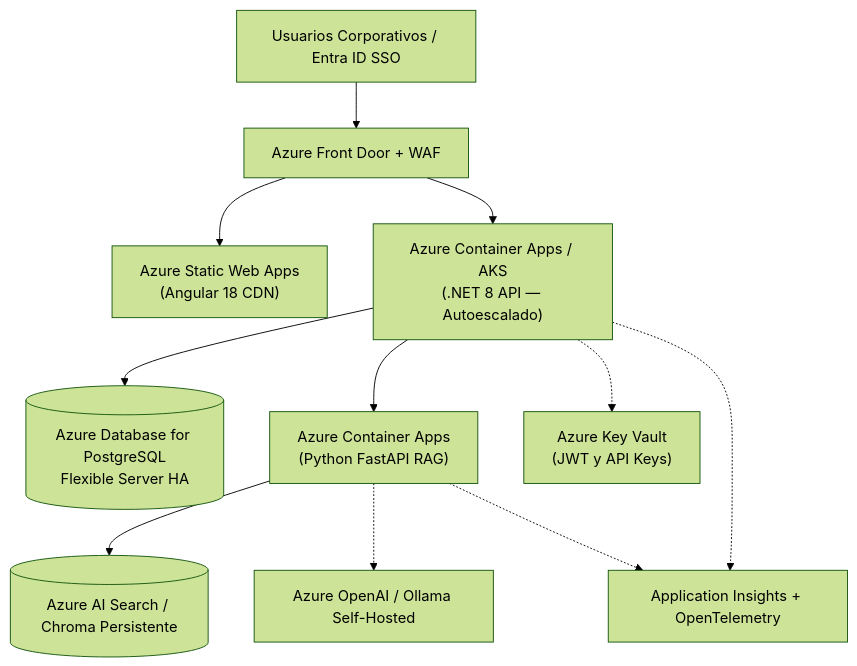
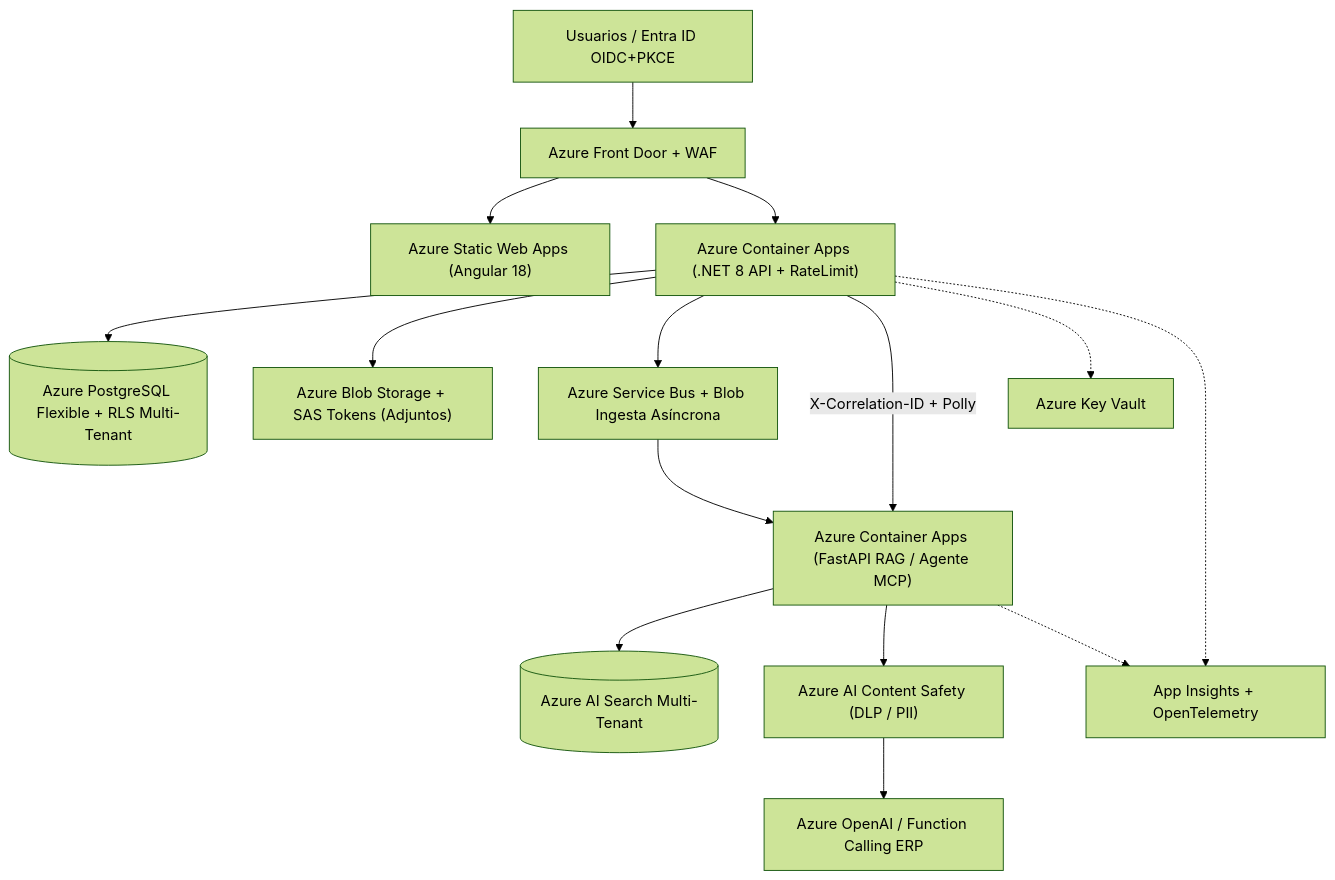
Before and after one commit to santiagograci/MesaAyuda-IA: the third of 3 diagrams in docs/01-arquitectura-y-adrs.md, drawn with Mermaid (forest theme). The commit also changed other lines of this file and 13 other files, not shown here.

Commit message:
feat(observability): add distributed X-Correlation-ID, AI rate limiting and Azure target architecture docs

````diff
--- a/docs/01-arquitectura-y-adrs.md
+++ b/docs/01-arquitectura-y-adrs.md
@@ -36,13 +36,17 @@
 ```mermaid
 flowchart TB
-    Users["Usuarios Corporativos / Entra ID SSO"] --> AFD["Azure Front Door + WAF"]
-    AFD --> SWA["Azure Static Web Apps\n(Angular 18 CDN)"]
-    AFD --> ACA_API["Azure Container Apps / AKS\n(.NET 8 API — Autoescalado)"]
-    ACA_API --> AZ_PG[("Azure Database for PostgreSQL\nFlexible Server HA")]
-    ACA_API --> ACA_RAG["Azure Container Apps\n(Python FastAPI RAG)"]
-    ACA_RAG --> AZ_VEC[("Azure AI Search / Chroma Persistente")]
-    ACA_RAG -.-> AZ_LLM["Azure OpenAI / Ollama Self-Hosted"]
-    ACA_API -.-> KV["Azure Key Vault\n(JWT y API Keys)"]
-    ACA_API -.-> AI["Application Insights + OpenTelemetry"]
+    Users["Usuarios / Entra ID OIDC+PKCE"] --> AFD["Azure Front Door + WAF"]
+    AFD --> SWA["Azure Static Web Apps (Angular 18)"]
+    AFD --> ACA_API["Azure Container Apps (.NET 8 API + RateLimit)"]
+    ACA_API --> AZ_PG[("Azure PostgreSQL Flexible + RLS Multi-Tenant")]
+    ACA_API --> SAS["Azure Blob Storage + SAS Tokens (Adjuntos)"]
+    ACA_API --> SB["Azure Service Bus + Blob Ingesta Asíncrona"]
+    SB --> ACA_RAG["Azure Container Apps (FastAPI RAG / Agente MCP)"]
+    ACA_API -->|"X-Correlation-ID + Polly"| ACA_RAG
+    ACA_RAG --> AZ_VEC[("Azure AI Search Multi-Tenant")]
+    ACA_RAG --> DLP["Azure AI Content Safety (DLP / PII)"]
+    DLP --> AZ_LLM["Azure OpenAI / Function Calling ERP"]
+    ACA_API -.-> KV["Azure Key Vault"]
+    ACA_API -.-> AI["App Insights + OpenTelemetry"]
     ACA_RAG -.-> AI
 ```
````
